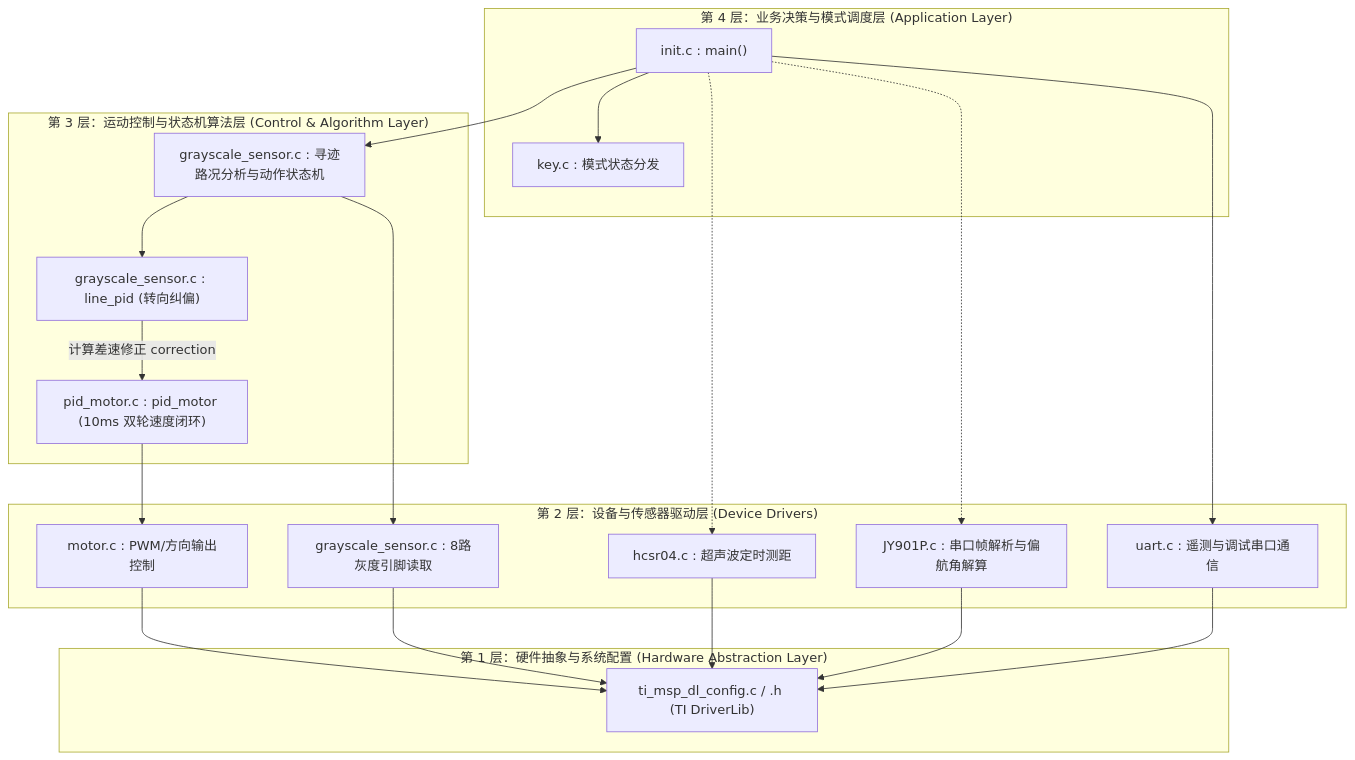
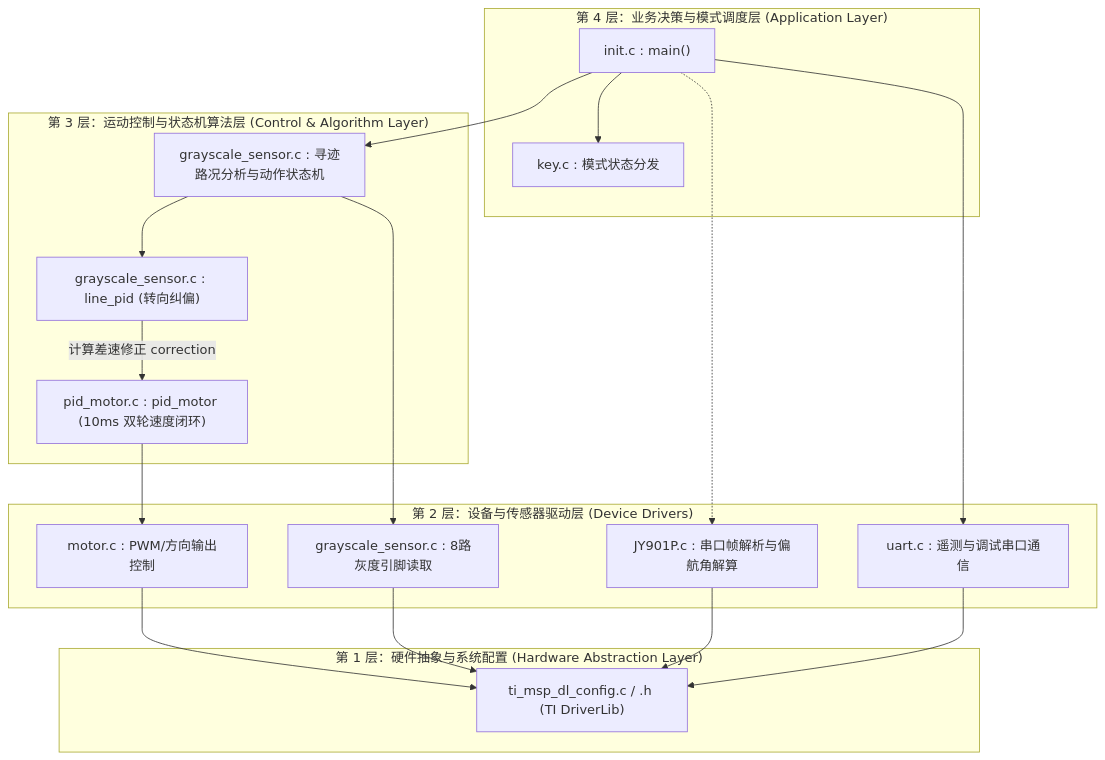
Before and after one commit to zuoweimenfeidudu20-hub/G3507-Car: the diagram in docs/02_SOFTWARE_ARCHITECTURE.md, drawn with Mermaid. The commit also changed other lines of this file and 13 other files, not shown here.

````diff
--- a/docs/02_SOFTWARE_ARCHITECTURE.md
+++ b/docs/02_SOFTWARE_ARCHITECTURE.md
@@ -9,41 +9,38 @@
 ```mermaid
 graph TD
     subgraph Layer4["第 4 层：业务决策与模式调度层 (Application Layer)"]
         MAIN["init.c : main()"]
         KEY_APP["key.c : 模式状态分发"]
     end
 
     subgraph Layer3["第 3 层：运动控制与状态机算法层 (Control & Algorithm Layer)"]
         TRACK_FSM["grayscale_sensor.c : 寻迹路况分析与动作状态机"]
         LINE_PID["grayscale_sensor.c : line_pid (转向纠偏)"]
         MOTOR_PID["pid_motor.c : pid_motor (10ms 双轮速度闭环)"]
     end
 
     subgraph Layer2["第 2 层：设备与传感器驱动层 (Device Drivers)"]
         DRV_MOTOR["motor.c : PWM/方向输出控制"]
         DRV_GRAY["grayscale_sensor.c : 8路灰度引脚读取"]
-        DRV_US["hcsr04.c : 超声波定时测距"]
         DRV_IMU["JY901P.c : 串口帧解析与偏航角解算"]
         DRV_UART["uart.c : 遥测与调试串口通信"]
     end
 
     subgraph Layer1["第 1 层：硬件抽象与系统配置 (Hardware Abstraction Layer)"]
         HAL["ti_msp_dl_config.c / .h (TI DriverLib)"]
     end
 
     MAIN --> KEY_APP
     MAIN --> TRACK_FSM
     TRACK_FSM --> LINE_PID
     LINE_PID -->|计算差速修正 correction| MOTOR_PID
     MOTOR_PID --> DRV_MOTOR
     TRACK_FSM --> DRV_GRAY
-    MAIN -.-> DRV_US
     MAIN -.-> DRV_IMU
     MAIN --> DRV_UART
 
     DRV_MOTOR --> HAL
     DRV_GRAY --> HAL
-    DRV_US --> HAL
     DRV_IMU --> HAL
     DRV_UART --> HAL
 ```
````
